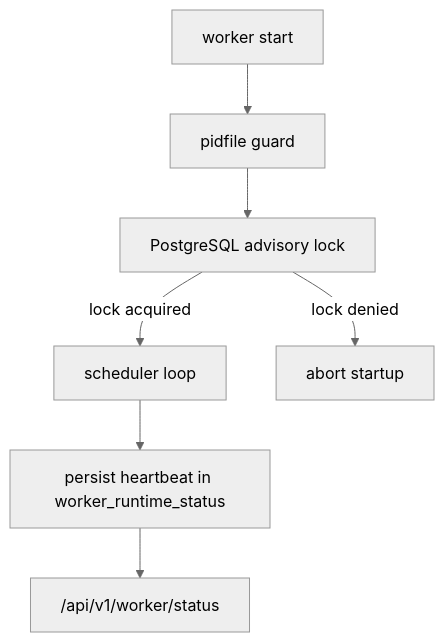
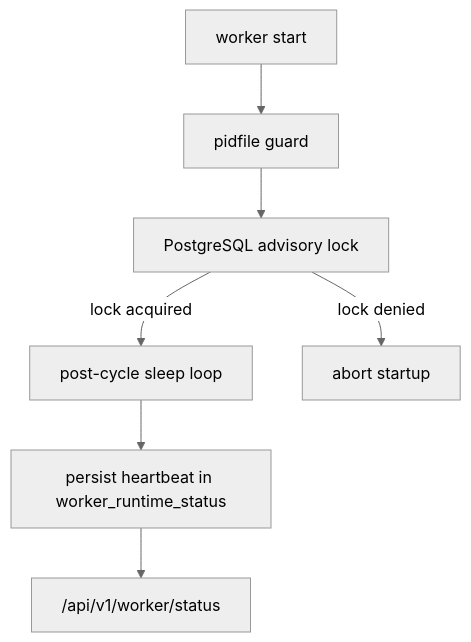
The ninth of 12 diagrams in README.md (LA-Referencia-IOI/dark-core-minter-api), drawn with Mermaid (neutral theme) before and after one commit. The commit also changed other lines of this file and 42 other files, not shown here.

````diff
--- a/README.md
+++ b/README.md
@@ -290,9 +325,9 @@
 ```mermaid
 flowchart TD
     S["worker start"] --> P["pidfile guard"]
     P --> L["PostgreSQL advisory lock"]
-    L -->|lock acquired| R["scheduler loop"]
+    L -->|lock acquired| R["post-cycle sleep loop"]
     L -->|lock denied| X["abort startup"]
     R --> H["persist heartbeat in worker_runtime_status"]
     H --> API["/api/v1/worker/status"]
 ```
````
